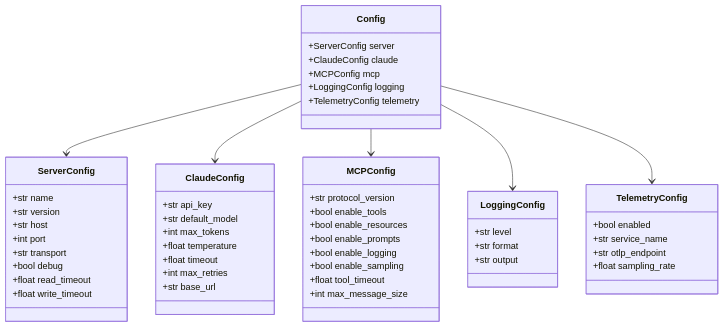
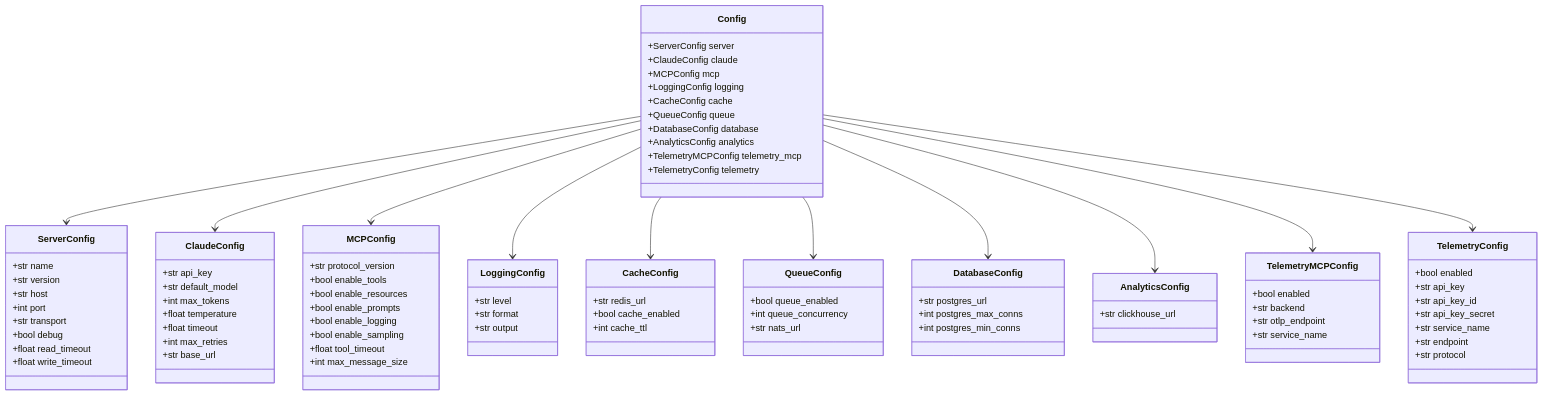
Before and after one commit to telemetryflow/telemetryflow-python-mcp: the third of 5 diagrams in docs/CONFIGURATION.md, drawn with Mermaid. The commit also changed other lines of this file and 5 other files, not shown here.

Commit message:
fix: Config enfironment variable TFO-MCP

````diff
--- a/docs/CONFIGURATION.md
+++ b/docs/CONFIGURATION.md
@@ -54,6 +54,11 @@
         +ClaudeConfig claude
         +MCPConfig mcp
         +LoggingConfig logging
+        +CacheConfig cache
+        +QueueConfig queue
+        +DatabaseConfig database
+        +AnalyticsConfig analytics
+        +TelemetryMCPConfig telemetry_mcp
         +TelemetryConfig telemetry
     }
 
@@ -95,16 +100,53 @@
         +str output
     }
 
+    class CacheConfig {
+        +str redis_url
+        +bool cache_enabled
+        +int cache_ttl
+    }
+
+    class QueueConfig {
+        +bool queue_enabled
+        +int queue_concurrency
+        +str nats_url
+    }
+
+    class DatabaseConfig {
+        +str postgres_url
+        +int postgres_max_conns
+        +int postgres_min_conns
+    }
+
+    class AnalyticsConfig {
+        +str clickhouse_url
+    }
+
+    class TelemetryMCPConfig {
+        +bool enabled
+        +str backend
+        +str otlp_endpoint
+        +str service_name
+    }
+
     class TelemetryConfig {
         +bool enabled
+        +str api_key
+        +str api_key_id
+        +str api_key_secret
         +str service_name
-        +str otlp_endpoint
-        +float sampling_rate
+        +str endpoint
+        +str protocol
     }
 
     Config --> ServerConfig
     Config --> ClaudeConfig
     Config --> MCPConfig
     Config --> LoggingConfig
+    Config --> CacheConfig
+    Config --> QueueConfig
+    Config --> DatabaseConfig
+    Config --> AnalyticsConfig
+    Config --> TelemetryMCPConfig
     Config --> TelemetryConfig
 ```
````
